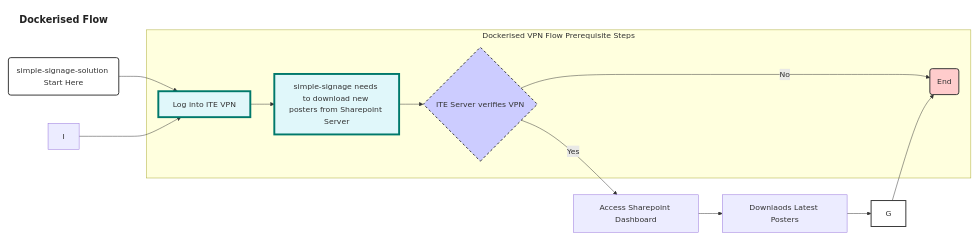
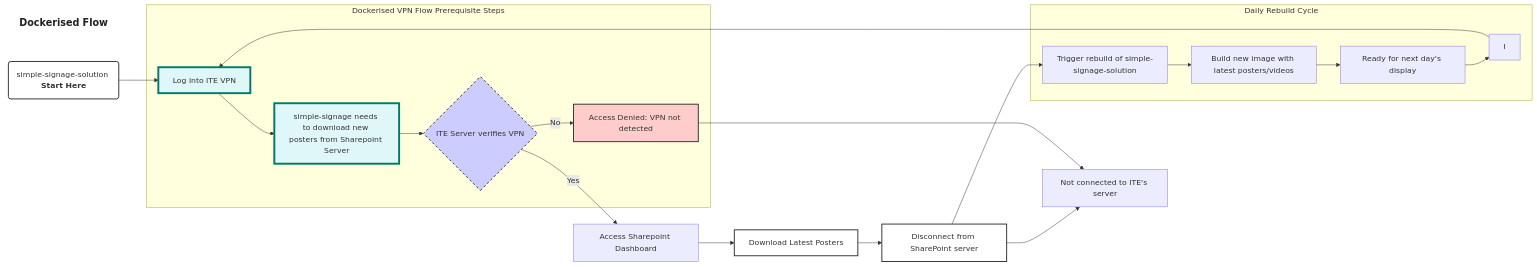
One commit to kairin/mermaid changed the diagram in simple-signage-flow.md. Above: the diagram before and after it, drawn with Mermaid.

````diff
--- a/simple-signage-flow.md
+++ b/simple-signage-flow.md
@@ -3,29 +3,40 @@
 ```mermaid
 
-    graph LR
+graph LR
     Title["<b>Dockerised Flow</b>"]:::title
     Title 
-    A(simple-signage-solution Start Here)
+    A(simple-signage-solution <b>Start Here</b>)
     A --> B
 
     subgraph Dockerised VPN Flow Prerequisite Steps
         B[Log into ITE VPN]:::vpnstep --> C[simple-signage needs to download new posters from Sharepoint Server]:::vpnstep
         C --> D{ITE Server verifies VPN}:::vpnstep
-        D -- No --> H[Access Denied: VPN not detected]
+        D -- No --> X[Access Denied: VPN not detected]
     end
 
     D -- Yes --> E[Access Sharepoint Dashboard]
-    E --> F[Downlaods Latest Posters]
-    F --> G
-    G --> H(End)
+    E --> F[Download Latest Posters]
+    F --> H[Disconnect from SharePoint server]
+    subgraph Daily Rebuild [Daily Rebuild Cycle]
+        R1[Trigger rebuild of simple-signage-solution]
+        R2[Build new image with latest posters/videos]
+        R3[Ready for next day's display]
+        R1 --> R2 --> R3 --> I
+    end
+
+    H --> R1
+
     I --> B
+    H --> Y[Not connected to ITE's server]
+    X --> Y
 
     classDef title fill:#fff,stroke:#fff,color:#222,font-size:20px
     classDef vpnstep fill:#e0f7fa,stroke:#00796b,stroke-width:4px
     class B,C,D vpnstep
     style D fill:#ccf,stroke:#333,stroke-width:2px,stroke-dasharray: 5 5
-    style H fill:#fcc,stroke:#333,stroke-width:2px
+    style X fill:#fcc,stroke:#333,stroke-width:2px
     style A fill:#fff,stroke:#333,stroke-width:2px
-    style G fill:#fff,stroke:#333,stroke-width:2px
+    style F fill:#fff,stroke:#333,stroke-width:2px
+    style H fill:#fff,stroke:#333,stroke-width:2px
 
 ```
````
